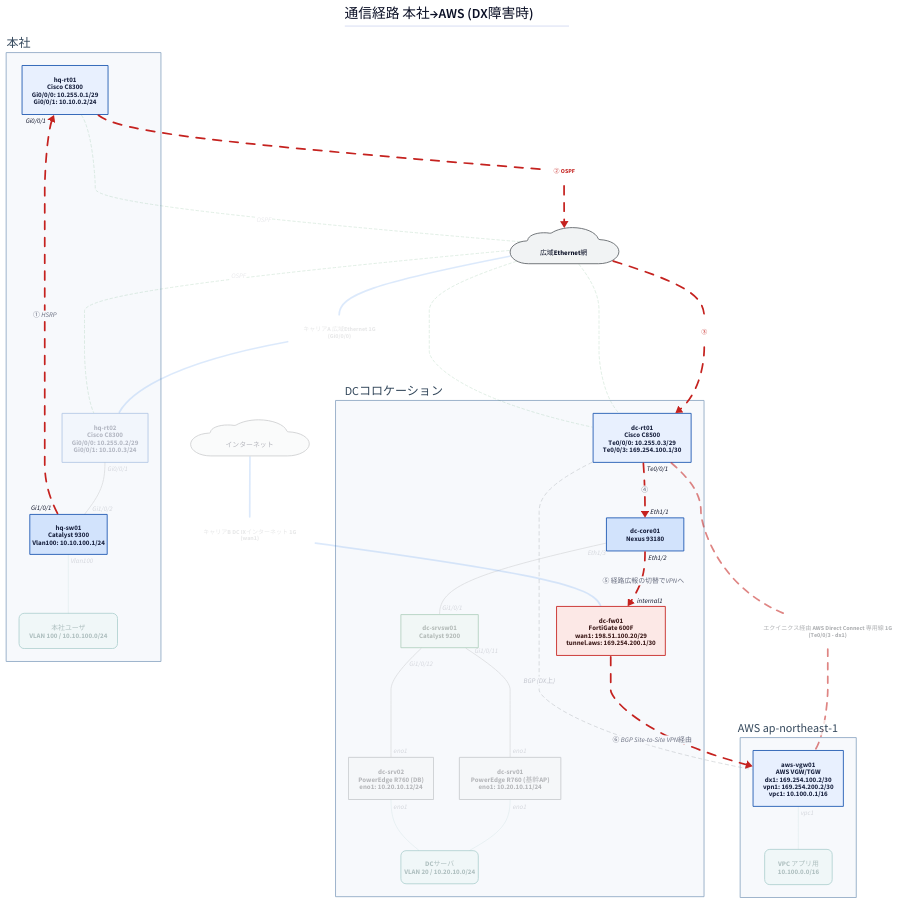
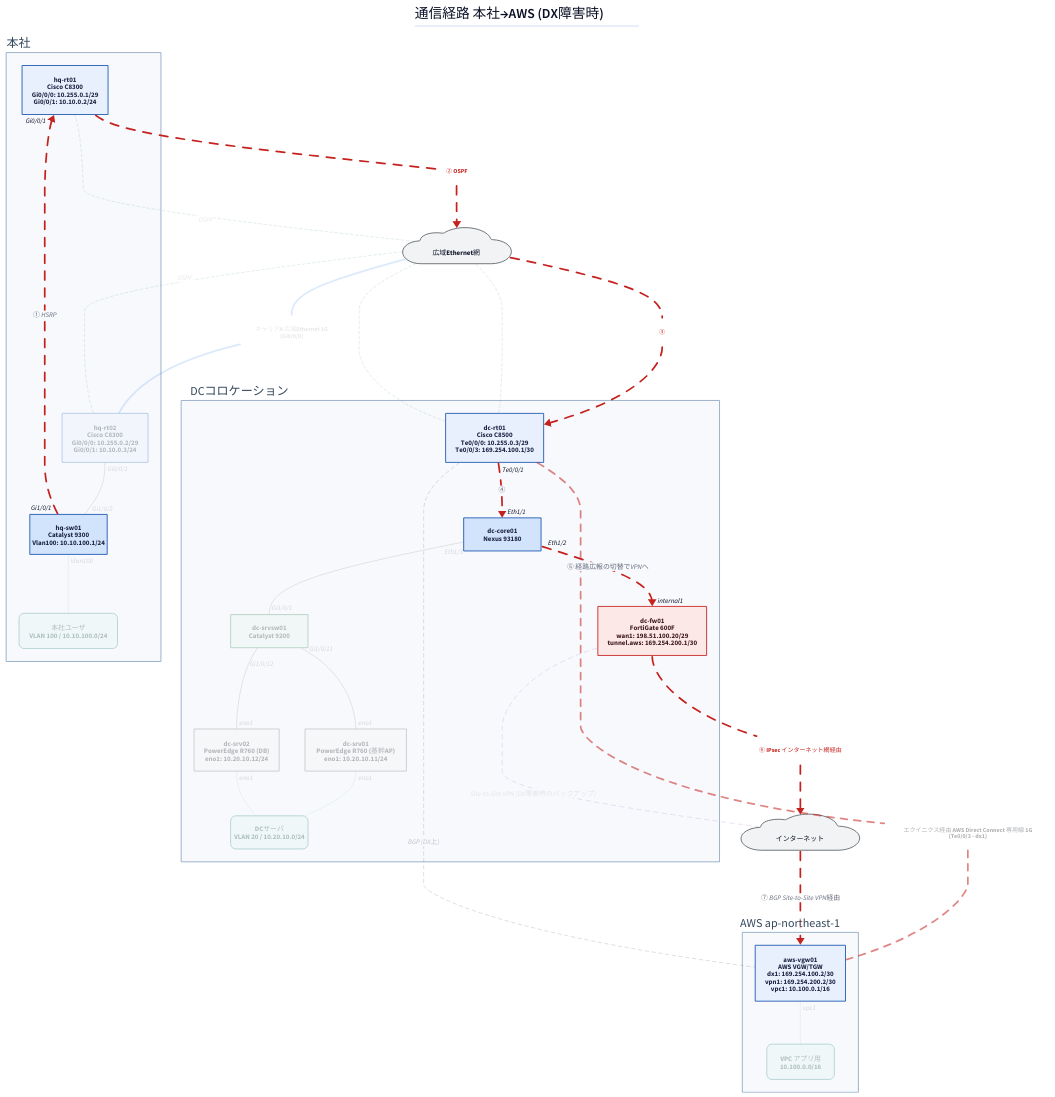
The diagram in examples/hq-dc-cloud/generated/path-dx-fail.d2 (thinas1115/nwdsl), drawn with D2 before and after one commit. The commit also changed 51 other files, not shown here.

```diff
--- a/examples/hq-dc-cloud/generated/path-dx-fail.d2
+++ b/examples/hq-dc-cloud/generated/path-dx-fail.d2
@@ -1,87 +1,88 @@
 title: |md
   # 通信経路 本社→AWS (DX障害時)
 | {near: top-center}
 direction: down
 
 classes: {
   role-router: {style.fill: "#e8f0fe"; style.stroke: "#1a56b0"; style.font-color: "#1a2340"}
   role-l3switch: {style.fill: "#d2e3fc"; style.stroke: "#1a56b0"; style.font-color: "#1a2340"}
   role-l2switch: {style.fill: "#e6f4ea"; style.stroke: "#137333"; style.font-color: "#1a2e1f"}
   role-firewall: {style.fill: "#fce8e6"; style.stroke: "#c5221f"; style.font-color: "#3c1a19"}
   role-other: {style.fill: "#f1f3f4"; style.stroke: "#5f6368"; style.font-color: "#202124"}
   node-cloud: {shape: cloud; style.fill: "#f1f3f4"; style.stroke: "#5f6368"}
   node-site: {style.fill: "#fff8e1"; style.stroke: "#b58105"; style.font-color: "#4a3a08"}
   node-segment: {style.fill: "#e2f5f0"; style.stroke: "#0f766e"; style.font-color: "#0b3d38"; style.border-radius: 12}
   node-external: {style.fill: "#ffffff"; style.stroke: "#9aa0a6"; style.stroke-dash: 3}
   group-site: {style.fill: "#f7f9fc"; style.stroke: "#8fa8c4"; style.font-color: "#33475b"}
   edge-label: {style.fill: "transparent"; style.stroke: "transparent"; style.font-size: 14; style.font-color: "#5f6368"; style.italic: true}
   edge-lan-cable: {style.stroke: "#4a4a4a"; style.stroke-width: 2}
   edge-wan-circuit: {style.stroke: "#1a73e8"; style.stroke-width: 4}
   edge-tunnel: {style.stroke: "#7b1fa2"; style.stroke-width: 2; style.stroke-dash: 5}
   edge-logical: {style.stroke: "#188038"; style.stroke-width: 2; style.stroke-dash: 3}
   edge-segment: {style.stroke: "#0f766e"; style.stroke-width: 1}
 }
 
 s_hq: "本社" {
   class: group-site
   label.near: outside-top-left
   n_hq_rt01: "hq-rt01\nCisco C8300\nGi0/0/0: 10.255.0.1/29\nGi0/0/1: 10.10.0.2/24" {class: role-router}
   n_hq_sw01: "hq-sw01\nCatalyst 9300\nVlan100: 10.10.100.1/24" {class: role-l3switch; width: 180}
   n_hq_rt02: "hq-rt02\nCisco C8300\nGi0/0/0: 10.255.0.2/29\nGi0/0/1: 10.10.0.3/24" {class: role-router; style.opacity: 0.3}
   n_seg__hq_users: "本社ユーザ\nVLAN 100 / 10.10.100.0/24" {class: node-segment; style.opacity: 0.3}
 }
 
 s_dc: "DCコロケーション" {
   class: group-site
   label.near: outside-top-left
   n_dc_rt01: "dc-rt01\nCisco C8500\nTe0/0/0: 10.255.0.3/29\nTe0/0/3: 169.254.100.1/30" {class: role-router}
   n_dc_core01: "dc-core01\nNexus 93180" {class: role-l3switch; width: 180}
   n_dc_fw01: "dc-fw01\nFortiGate 600F\nwan1: 198.51.100.20/29\ntunnel.aws: 169.254.200.1/30" {class: role-firewall}
   n_dc_srvsw01: "dc-srvsw01\nCatalyst 9200" {class: role-l2switch; width: 180; style.opacity: 0.3}
   n_dc_srv01: "dc-srv01\nPowerEdge R760 (基幹AP)\neno1: 10.20.10.11/24" {class: role-other; style.opacity: 0.3}
   n_dc_srv02: "dc-srv02\nPowerEdge R760 (DB)\neno1: 10.20.10.12/24" {class: role-other; style.opacity: 0.3}
   n_seg__dc_servers: "DCサーバ\nVLAN 20 / 10.20.10.0/24" {class: node-segment; width: 180; style.opacity: 0.3}
 }
 
 s_aws: "AWS ap-northeast-1" {
   class: group-site
   label.near: outside-top-left
   n_aws_vgw01: "aws-vgw01\nAWS VGW/TGW\ndx1: 169.254.100.2/30\nvpn1: 169.254.200.2/30\nvpc1: 10.100.0.1/16" {class: role-router}
   n_seg__aws_vpc_app: "VPC アプリ用\n10.100.0.0/16" {class: node-segment; style.opacity: 0.3}
 }
 
 n_wide_ether: "　広域Ethernet網　" {class: node-cloud}
-n_internet: "　インターネット　" {class: node-cloud; style.opacity: 0.3}
+n_internet: "　インターネット　" {class: node-cloud}
 
 s_hq.n_hq_sw01 -> s_hq.n_hq_rt01: "① HSRP" {class: edge-lan-cable; source-arrowhead.label: "Gi1/0/1"; target-arrowhead.label: "Gi0/0/1"; style.stroke: "#c5221f"; style.stroke-width: 4; style.animated: true}
 s_hq.n_hq_rt02 -- s_hq.n_hq_sw01 {class: edge-lan-cable; source-arrowhead.label: "Gi0/0/1"; target-arrowhead.label: "Gi1/0/2"; style.opacity: 0.15}
 s_dc.n_dc_rt01 -> s_dc.n_dc_core01: "④" {class: edge-lan-cable; source-arrowhead.label: "Te0/0/1"; target-arrowhead.label: "Eth1/1"; style.stroke: "#c5221f"; style.stroke-width: 4; style.animated: true}
 s_dc.n_dc_core01 -> s_dc.n_dc_fw01: "⑤ 経路広報の切替でVPNへ" {class: edge-lan-cable; source-arrowhead.label: "Eth1/2"; target-arrowhead.label: "internal1"; style.stroke: "#c5221f"; style.stroke-width: 4; style.animated: true}
 s_dc.n_dc_core01 -- s_dc.n_dc_srvsw01 {class: edge-lan-cable; source-arrowhead.label: "Eth1/3"; target-arrowhead.label: "Gi1/0/1"; style.opacity: 0.15}
 s_dc.n_dc_srvsw01 -- s_dc.n_dc_srv01 {class: edge-lan-cable; source-arrowhead.label: "Gi1/0/11"; target-arrowhead.label: "eno1"; style.opacity: 0.15}
 s_dc.n_dc_srvsw01 -- s_dc.n_dc_srv02 {class: edge-lan-cable; source-arrowhead.label: "Gi1/0/12"; target-arrowhead.label: "eno1"; style.opacity: 0.15}
 lbl_7: "② OSPF" {class: edge-label; style.font-color: "#c5221f"; style.bold: true}
 s_hq.n_hq_rt01 -- lbl_7 {class: edge-wan-circuit; style.stroke: "#c5221f"; style.stroke-width: 4; style.animated: true}
 lbl_7 -> n_wide_ether {class: edge-wan-circuit; style.stroke: "#c5221f"; style.stroke-width: 4; style.animated: true}
 lbl_8: "キャリアA 広域Ethernet 1G\n(Gi0/0/0)" {class: edge-label; style.opacity: 0.15}
 n_wide_ether -- lbl_8 {class: edge-wan-circuit; style.opacity: 0.15}
 lbl_8 -- s_hq.n_hq_rt02 {class: edge-wan-circuit; style.opacity: 0.15}
 lbl_9: "③" {class: edge-label; style.font-color: "#c5221f"; style.bold: true}
 n_wide_ether -- lbl_9 {class: edge-wan-circuit; style.stroke: "#c5221f"; style.stroke-width: 4; style.animated: true}
 lbl_9 -> s_dc.n_dc_rt01 {class: edge-wan-circuit; style.stroke: "#c5221f"; style.stroke-width: 4; style.animated: true}
 lbl_10: "エクイニクス経由 AWS Direct Connect 専用線 1G\n(Te0/0/3 - dx1)" {class: edge-label; style.opacity: 0.5}
 s_dc.n_dc_rt01 -- lbl_10 {class: edge-wan-circuit; style.stroke: "#c5221f"; style.stroke-dash: 4; style.opacity: 0.55}
 lbl_10 -- s_aws.n_aws_vgw01 {class: edge-wan-circuit; style.stroke: "#c5221f"; style.stroke-dash: 4; style.opacity: 0.55}
-lbl_11: "キャリアB DC IXインターネット 1G\n(wan1)" {class: edge-label; style.opacity: 0.15}
-n_internet -- lbl_11 {class: edge-wan-circuit; style.opacity: 0.15}
-lbl_11 -- s_dc.n_dc_fw01 {class: edge-wan-circuit; style.opacity: 0.15}
-s_dc.n_dc_fw01 -> s_aws.n_aws_vgw01: "⑥ BGP Site-to-Site VPN経由" {class: edge-tunnel; style.stroke: "#c5221f"; style.stroke-width: 4; style.animated: true}
+lbl_11: "⑥ IPsec インターネット網経由" {class: edge-label; style.font-color: "#c5221f"; style.bold: true}
+s_dc.n_dc_fw01 -- lbl_11 {class: edge-wan-circuit; style.stroke: "#c5221f"; style.stroke-width: 4; style.animated: true}
+lbl_11 -> n_internet {class: edge-wan-circuit; style.stroke: "#c5221f"; style.stroke-width: 4; style.animated: true}
+n_internet -- s_dc.n_dc_fw01: "Site-to-Site VPN (DX障害時のバックアップ)" {class: edge-tunnel; style.opacity: 0.15}
+n_internet -> s_aws.n_aws_vgw01: "⑦ BGP Site-to-Site VPN経由" {class: edge-tunnel; style.stroke: "#c5221f"; style.stroke-width: 4; style.animated: true}
 n_wide_ether -- s_hq.n_hq_rt01: "OSPF" {class: edge-logical; style.opacity: 0.15}
 n_wide_ether -- s_dc.n_dc_rt01 {class: edge-logical; style.opacity: 0.15}
 n_wide_ether -- s_hq.n_hq_rt02: "OSPF" {class: edge-logical; style.opacity: 0.15}
 n_wide_ether -- s_dc.n_dc_rt01 {class: edge-logical; style.opacity: 0.15}
 s_dc.n_dc_rt01 -- s_aws.n_aws_vgw01: "BGP (DX上)" {class: edge-logical; style.stroke: "#9aa0a6"; style.stroke-dash: 4; style.opacity: 0.4}
 s_hq.n_hq_sw01 -- s_hq.n_seg__hq_users {class: edge-segment; source-arrowhead.label: "Vlan100"; style.opacity: 0.15}
 s_dc.n_dc_srv01 -- s_dc.n_seg__dc_servers {class: edge-segment; source-arrowhead.label: "eno1"; style.opacity: 0.15}
 s_dc.n_dc_srv02 -- s_dc.n_seg__dc_servers {class: edge-segment; source-arrowhead.label: "eno1"; style.opacity: 0.15}
 s_aws.n_aws_vgw01 -- s_aws.n_seg__aws_vpc_app {class: edge-segment; source-arrowhead.label: "vpc1"; style.opacity: 0.15}
```
